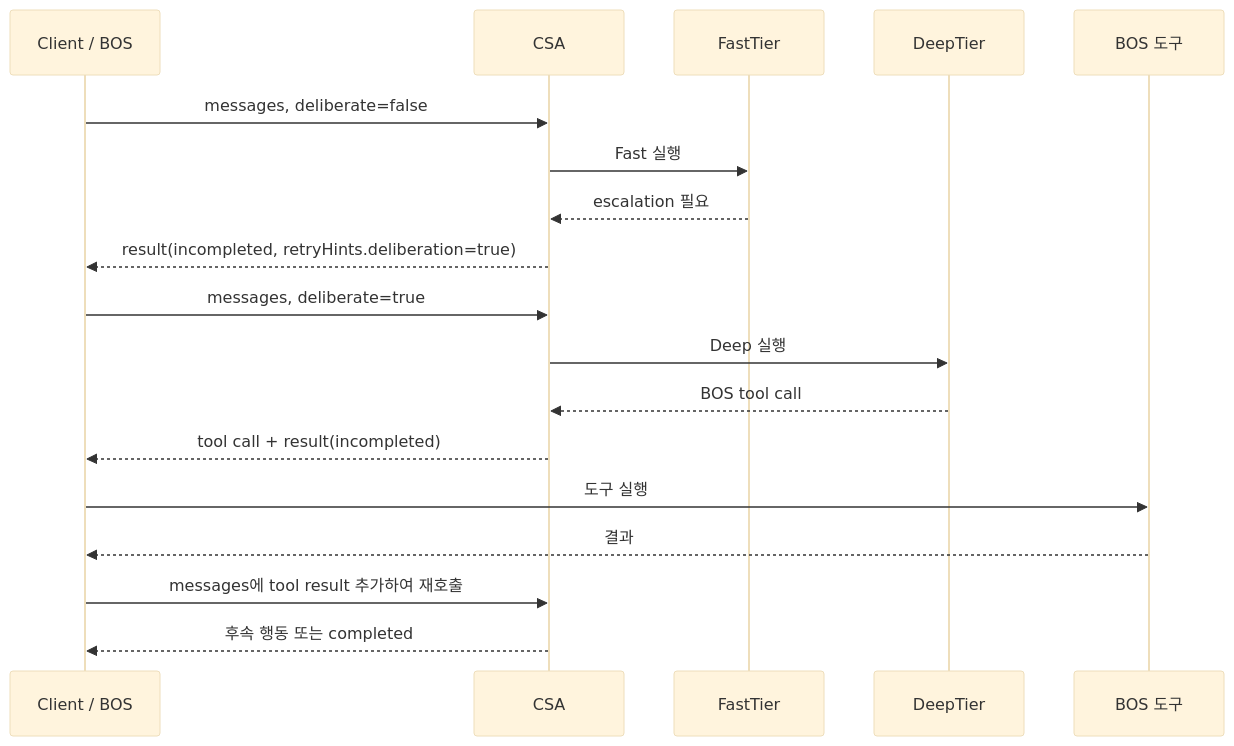
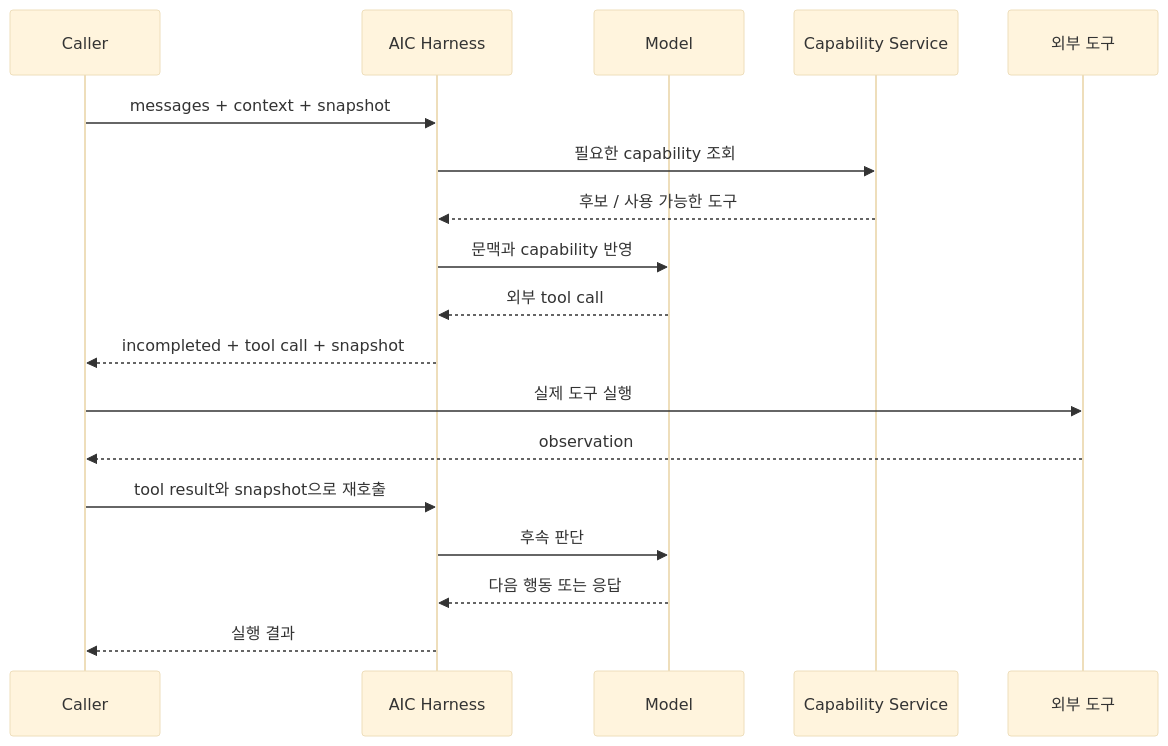
Before and after one commit to jwlee3746/jwlee3746.github.io: the sixth of 12 diagrams in docs/aic-evolution-and-evaluator.md, drawn with Mermaid (base theme). The commit also changed other lines of this file and 1 other file, not shown here.

````diff
--- a/docs/aic-evolution-and-evaluator.md
+++ b/docs/aic-evolution-and-evaluator.md
@@ -195,20 +160,20 @@
 ```mermaid
 sequenceDiagram
-    participant C as Client / BOS
-    participant A as CSA
-    participant F as FastTier
-    participant D as DeepTier
-    participant T as BOS 도구
-    C->>A: messages, deliberate=false
-    A->>F: Fast 실행
-    F-->>A: escalation 필요
-    A-->>C: result(incompleted, retryHints.deliberation=true)
-    C->>A: messages, deliberate=true
-    A->>D: Deep 실행
-    D-->>A: BOS tool call
-    A-->>C: tool call + result(incompleted)
-    C->>T: 도구 실행
-    T-->>C: 결과
-    C->>A: messages에 tool result 추가하여 재호출
-    A-->>C: 후속 행동 또는 completed
+    participant C as Caller
+    participant H as AIC Harness
+    participant M as Model
+    participant D as Capability Service
+    participant T as 외부 도구
+    C->>H: messages + context + snapshot
+    H->>D: 필요한 capability 조회
+    D-->>H: 후보 / 사용 가능한 도구
+    H->>M: 문맥과 capability 반영
+    M-->>H: 외부 tool call
+    H-->>C: incompleted + tool call + snapshot
+    C->>T: 실제 도구 실행
+    T-->>C: observation
+    C->>H: tool result와 snapshot으로 재호출
+    H->>M: 후속 판단
+    M-->>H: 다음 행동 또는 응답
+    H-->>C: 실행 결과
 ```
````
